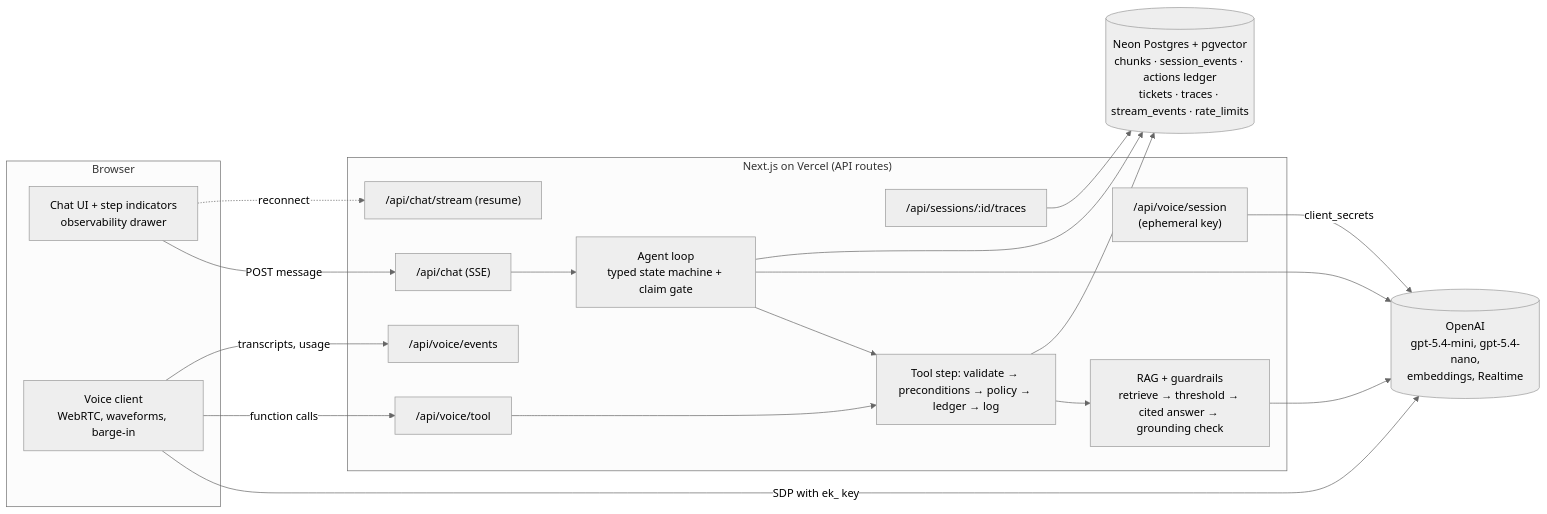
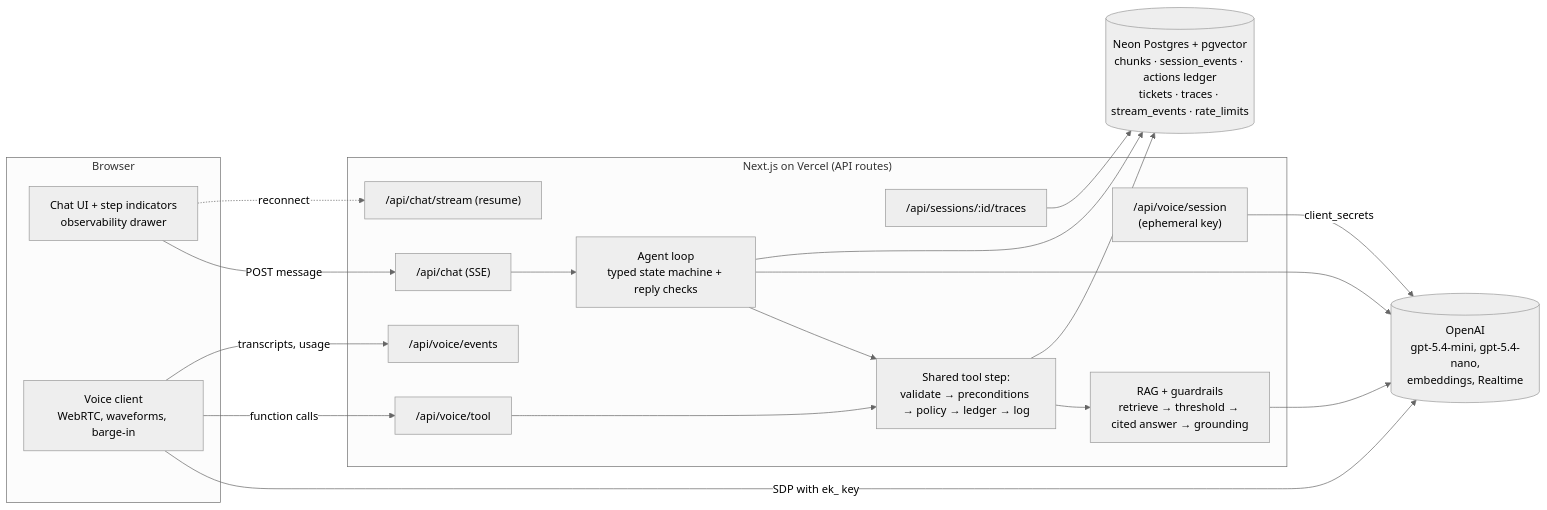
Before and after one commit to akshara-ns/customer-support-agent: the first of 3 diagrams in README.md, drawn with Mermaid (neutral theme). The commit also changed other lines of this file, not shown here.

````diff
--- a/README.md
+++ b/README.md
@@ -11,32 +36,32 @@
 ```mermaid
 flowchart LR
   subgraph Browser
     UI[Chat UI + step indicators<br/>observability drawer]
     VC[Voice client<br/>WebRTC, waveforms, barge-in]
   end
   subgraph "Next.js on Vercel (API routes)"
     CHAT["/api/chat (SSE)"]
     RES["/api/chat/stream (resume)"]
     VS["/api/voice/session<br/>(ephemeral key)"]
     VT["/api/voice/tool"]
     VE["/api/voice/events"]
     TR["/api/sessions/:id/traces"]
-    AGENT[Agent loop<br/>typed state machine + claim gate]
-    STEP[Tool step: validate → preconditions → policy → ledger → log]
-    RAG[RAG + guardrails<br/>retrieve → threshold → cited answer → grounding check]
+    AGENT[Agent loop<br/>typed state machine + reply checks]
+    STEP[Shared tool step:<br/>validate → preconditions → policy → ledger → log]
+    RAG[RAG + guardrails<br/>retrieve → threshold → cited answer → grounding]
   end
   OAI[(OpenAI<br/>gpt-5.4-mini, gpt-5.4-nano,<br/>embeddings, Realtime)]
   DB[(Neon Postgres + pgvector<br/>chunks · session_events · actions ledger<br/>tickets · traces · stream_events · rate_limits)]
 
   UI -- POST message --> CHAT --> AGENT --> STEP --> RAG
   UI -. reconnect .-> RES
   VC -- SDP with ek_ key --> OAI
   VC -- function calls --> VT --> STEP
   VC -- transcripts, usage --> VE
   VS -- client_secrets --> OAI
   AGENT --> OAI
   RAG --> OAI
   STEP --> DB
   AGENT --> DB
   TR --> DB
 ```
````
